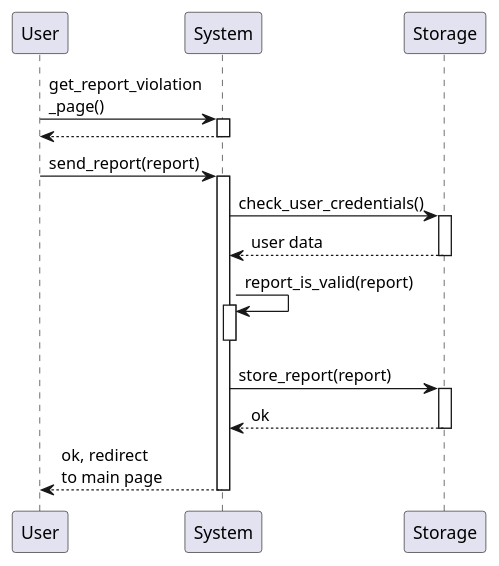
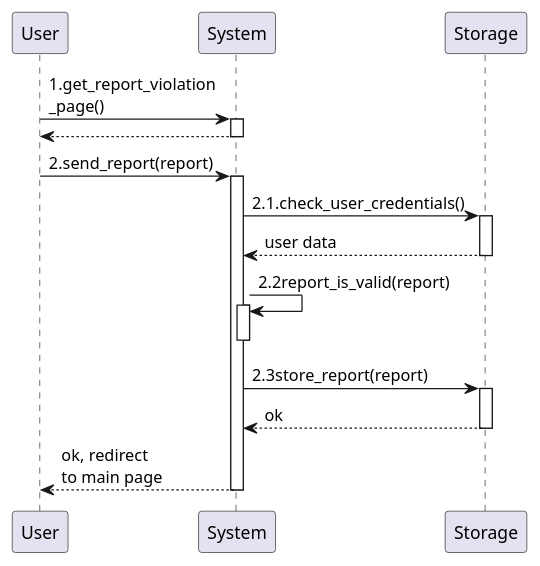
Before and after one commit to GiorgioUghini/SafeStreets: the first of 3 diagrams in RASD/materials/uml/useCases/reports.wsd, drawn with PlantUML. The commit also changed other lines of this file and 7 other files, not shown here.

Commit message:
Add numbers to sequence diagrams

```diff
--- a/RASD/materials/uml/useCases/reports.wsd
+++ b/RASD/materials/uml/useCases/reports.wsd
@@ -1,18 +1,18 @@
 @startuml creation_of_new_report
     participant User as U
     participant System as S
     participant Storage as ST
 
     autoactivate on
 
-    U -> S: get_report_violation\n_page()
+    U -> S: 1.get_report_violation\n_page()
     return
-    U -> S: send_report(report)
-    S -> ST: check_user_credentials()
+    U -> S: 2.send_report(report)
+    S -> ST: 2.1.check_user_credentials()
     return user data
-    S -> S: report_is_valid(report)
+    S -> S: 2.2report_is_valid(report)
     deactivate S
-    S -> ST: store_report(report)
+    S -> ST: 2.3store_report(report)
     return ok
     return ok, redirect\nto main page
 @enduml
```
